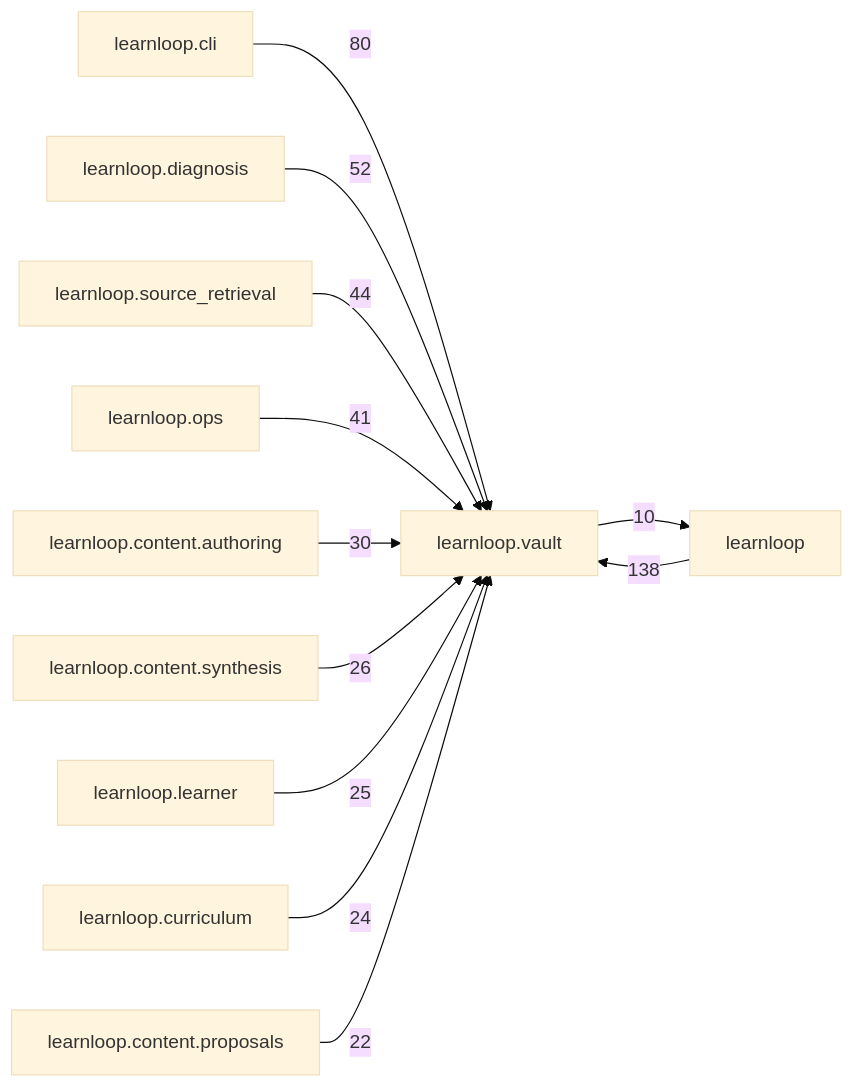
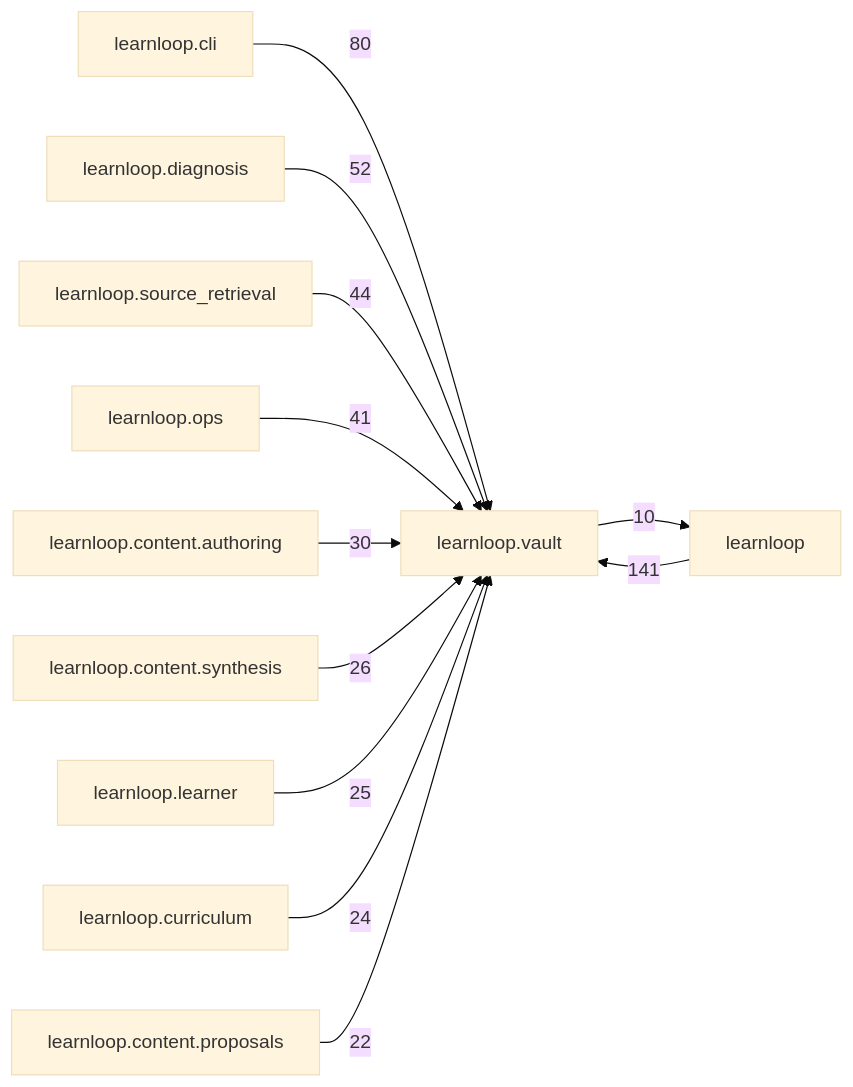
The diagram in docs/learnloop-architecture-vault/Reference/Modules/learnloop/vault/_package.md (6up-b/learnanything), drawn with Mermaid (base theme) before and after one commit. The commit also changed other lines of this file and 101 other files, not shown here.

First line of the commit message:
Figure wait estimate: references regenerated on the committed source (module, desktop, db; the config notes cite schema.py's moved lines, the new switch and module notes, _generated.md)

````diff
--- a/docs/learnloop-architecture-vault/Reference/Modules/learnloop/vault/_package.md
+++ b/docs/learnloop-architecture-vault/Reference/Modules/learnloop/vault/_package.md
@@ -137,25 +137,25 @@
 ```mermaid
 flowchart LR
     center["learnloop.vault"]
     n_learnloop["learnloop"]
     n_learnloop_cli["learnloop.cli"]
     n_learnloop_diagnosis["learnloop.diagnosis"]
     n_learnloop_source_retrieval["learnloop.source_retrieval"]
     n_learnloop_ops["learnloop.ops"]
     n_learnloop_content_authoring["learnloop.content.authoring"]
     n_learnloop_content_synthesis["learnloop.content.synthesis"]
     n_learnloop_learner["learnloop.learner"]
     n_learnloop_curriculum["learnloop.curriculum"]
     n_learnloop_content_proposals["learnloop.content.proposals"]
-    n_learnloop -->|138| center
+    n_learnloop -->|141| center
     center -->|10| n_learnloop
     n_learnloop_cli -->|80| center
     n_learnloop_diagnosis -->|52| center
     n_learnloop_source_retrieval -->|44| center
     n_learnloop_ops -->|41| center
     n_learnloop_content_authoring -->|30| center
     n_learnloop_content_synthesis -->|26| center
     n_learnloop_learner -->|25| center
     n_learnloop_curriculum -->|24| center
     n_learnloop_content_proposals -->|22| center
 ```
````
